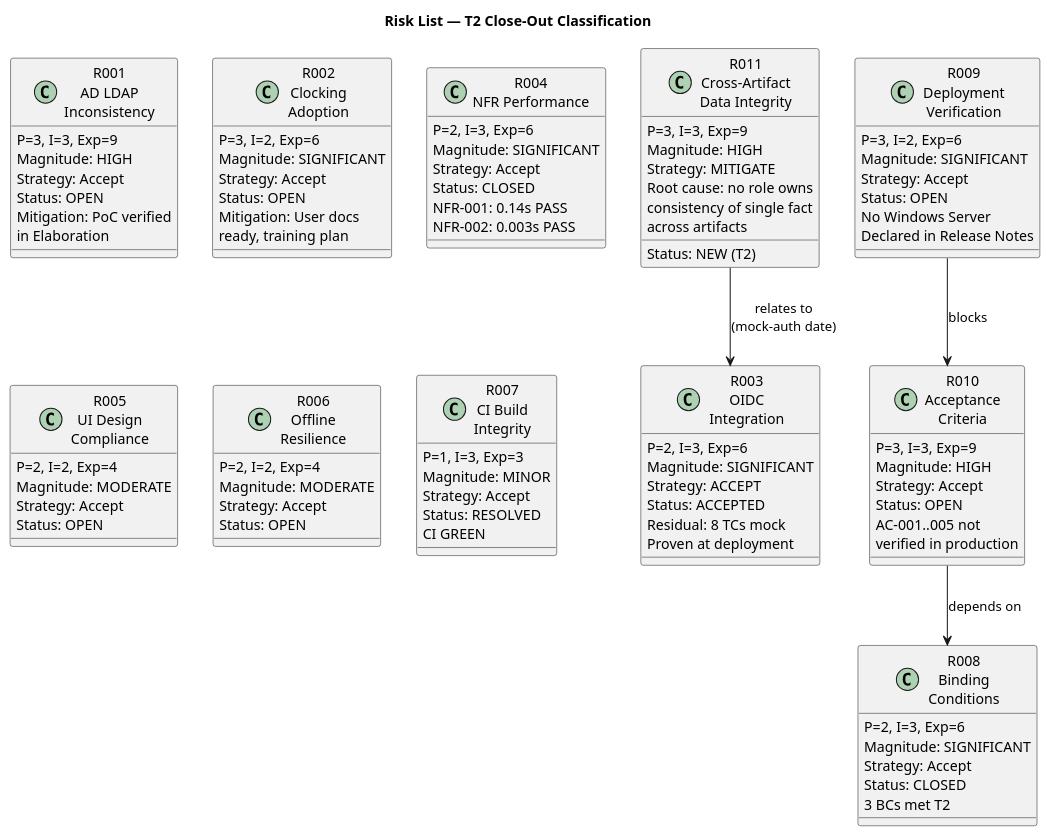
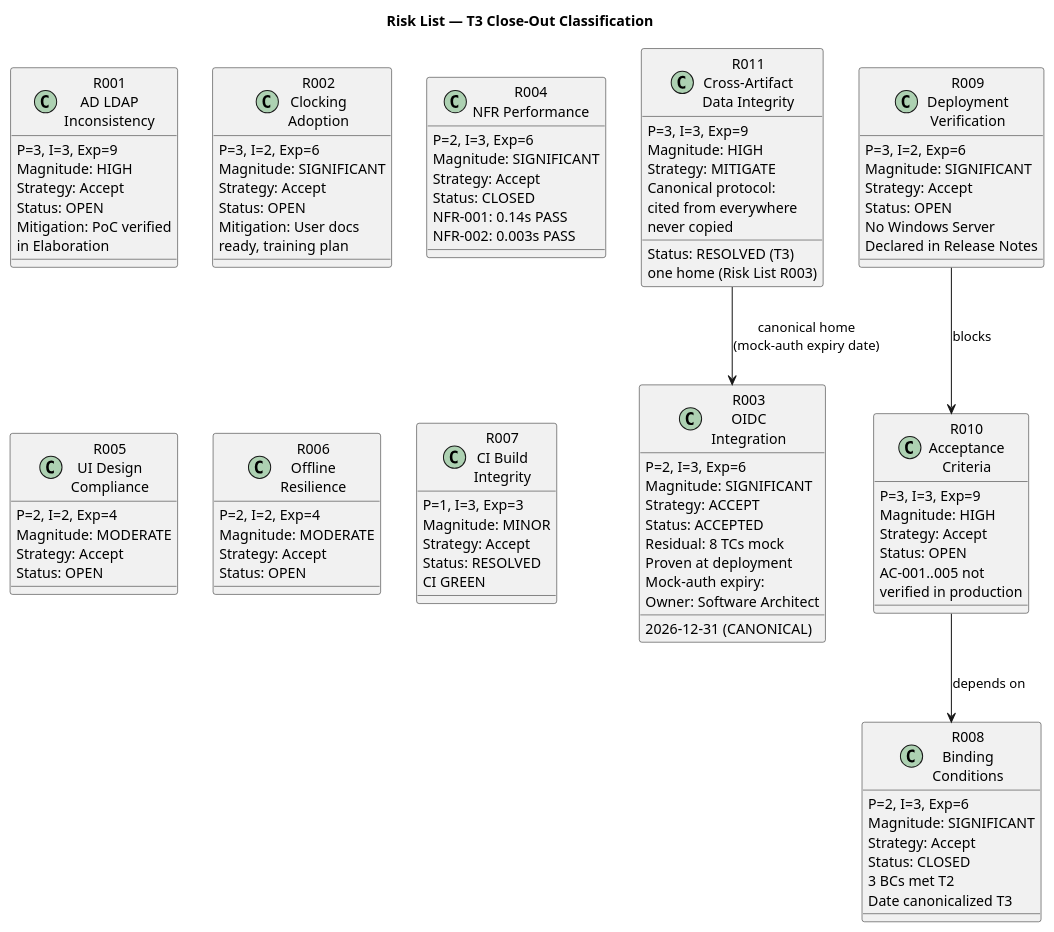
One commit to banense-test/portal-cuba-corp changed the diagram in docs/artifacts/project-management/risk-list.md. Above: the diagram before and after it, drawn with PlantUML. The commit also changed other lines of this file, not shown here.

First line of the commit message:
Project Manager [T3]: upsert Risk List

````diff
--- a/docs/artifacts/project-management/risk-list.md
+++ b/docs/artifacts/project-management/risk-list.md
@@ -28,6 +31,6 @@
 ```plantuml
 @startuml
-title Risk List — T2 Close-Out Classification
+title Risk List — T3 Close-Out Classification
 
 skinparam classAttributeIconSize 0
 
@@ -56,6 +59,9 @@
   Status: ACCEPTED
   Residual: 8 TCs mock
   Proven at deployment
+  Mock-auth expiry:
+  2026-12-31 (CANONICAL)
+  Owner: Software Architect
 }
 
 class R004 as "R004\nNFR Performance" {
@@ -95,6 +101,7 @@
   Strategy: Accept
   Status: CLOSED
   3 BCs met T2
+  Date canonicalized T3
 }
 
 class R009 as "R009\nDeployment\nVerification" {
@@ -119,13 +126,14 @@
   P=3, I=3, Exp=9
   Magnitude: HIGH
   Strategy: MITIGATE
-  Status: NEW (T2)
-  Root cause: no role owns
-  consistency of single fact
-  across artifacts
+  Status: RESOLVED (T3)
+  Canonical protocol:
+  one home (Risk List R003)
+  cited from everywhere
+  never copied
 }
 
-R011 --> R003 : relates to\n(mock-auth date)
+R011 --> R003 : canonical home\n(mock-auth expiry date)
 R010 --> R008 : depends on
 R009 --> R010 : blocks
 
````
